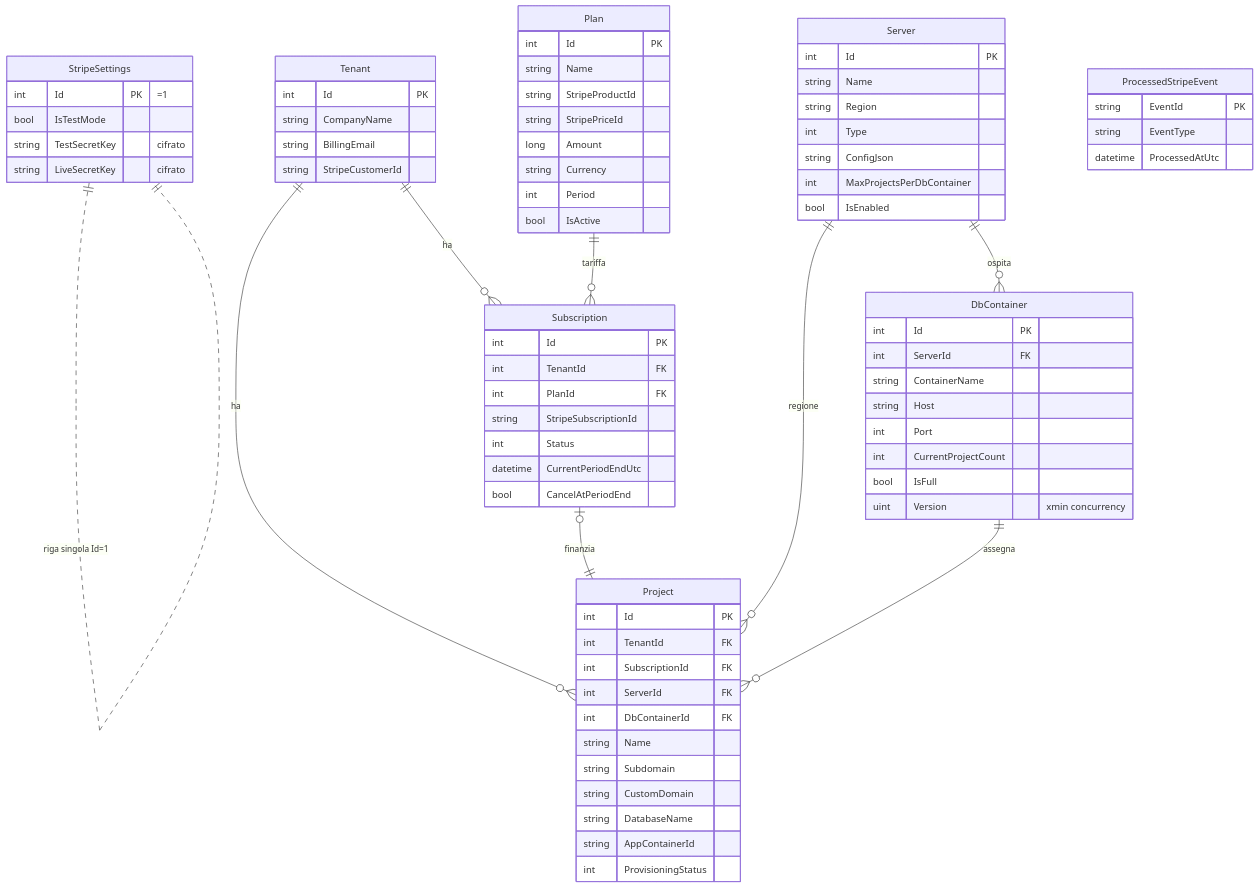
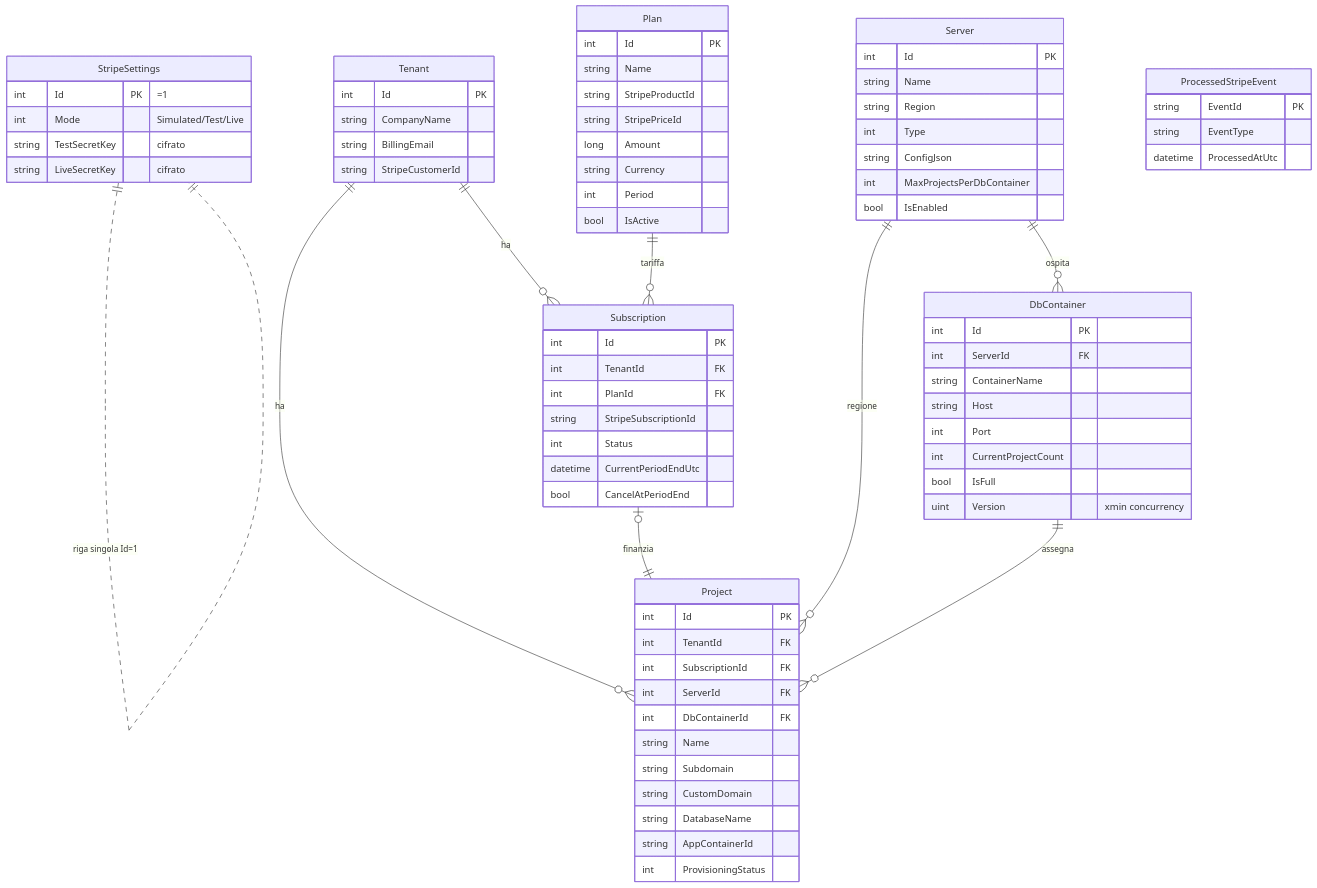
The first of 2 diagrams in docs/05-modello-dati.md (maareeus/aski), drawn with Mermaid before and after one commit. The commit also changed other lines of this file and 6 other files, not shown here.

````diff
--- a/docs/05-modello-dati.md
+++ b/docs/05-modello-dati.md
@@ -7,80 +7,80 @@
 ```mermaid
 erDiagram
     StripeSettings ||..|| StripeSettings : "riga singola Id=1"
     Tenant ||--o{ Subscription : ha
     Tenant ||--o{ Project : ha
     Plan ||--o{ Subscription : tariffa
     Subscription |o--|| Project : finanzia
     Server ||--o{ DbContainer : ospita
     Server ||--o{ Project : regione
     DbContainer ||--o{ Project : assegna
 
     Tenant {
         int Id PK
         string CompanyName
         string BillingEmail
         string StripeCustomerId
     }
     Plan {
         int Id PK
         string Name
         string StripeProductId
         string StripePriceId
         long Amount
         string Currency
         int Period
         bool IsActive
     }
     Subscription {
         int Id PK
         int TenantId FK
         int PlanId FK
         string StripeSubscriptionId
         int Status
         datetime CurrentPeriodEndUtc
         bool CancelAtPeriodEnd
     }
     Project {
         int Id PK
         int TenantId FK
         int SubscriptionId FK
         int ServerId FK
         int DbContainerId FK
         string Name
         string Subdomain
         string CustomDomain
         string DatabaseName
         string AppContainerId
         int ProvisioningStatus
     }
     Server {
         int Id PK
         string Name
         string Region
         int Type
         string ConfigJson
         int MaxProjectsPerDbContainer
         bool IsEnabled
     }
     DbContainer {
         int Id PK
         int ServerId FK
         string ContainerName
         string Host
         int Port
         int CurrentProjectCount
         bool IsFull
         uint Version "xmin concurrency"
     }
     StripeSettings {
         int Id PK "=1"
-        bool IsTestMode
+        int Mode "Simulated/Test/Live"
         string TestSecretKey "cifrato"
         string LiveSecretKey "cifrato"
     }
     ProcessedStripeEvent {
         string EventId PK
         string EventType
         datetime ProcessedAtUtc
     }
 ```
````
